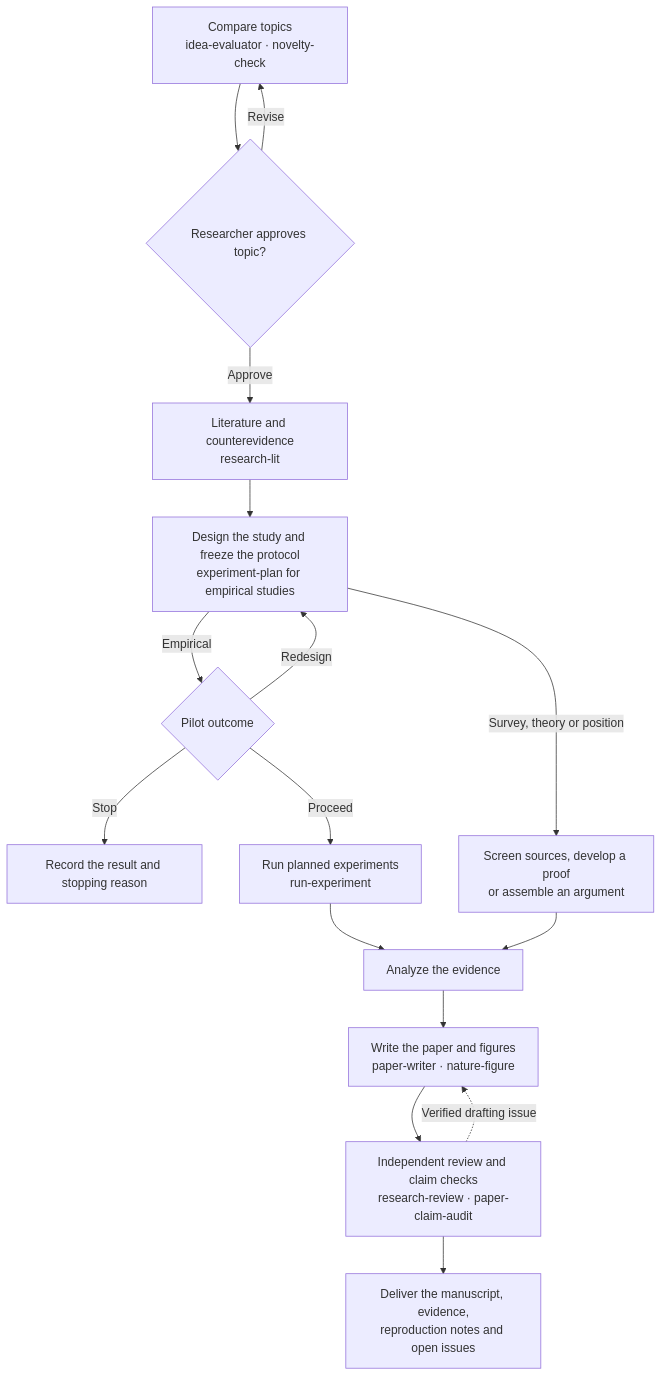
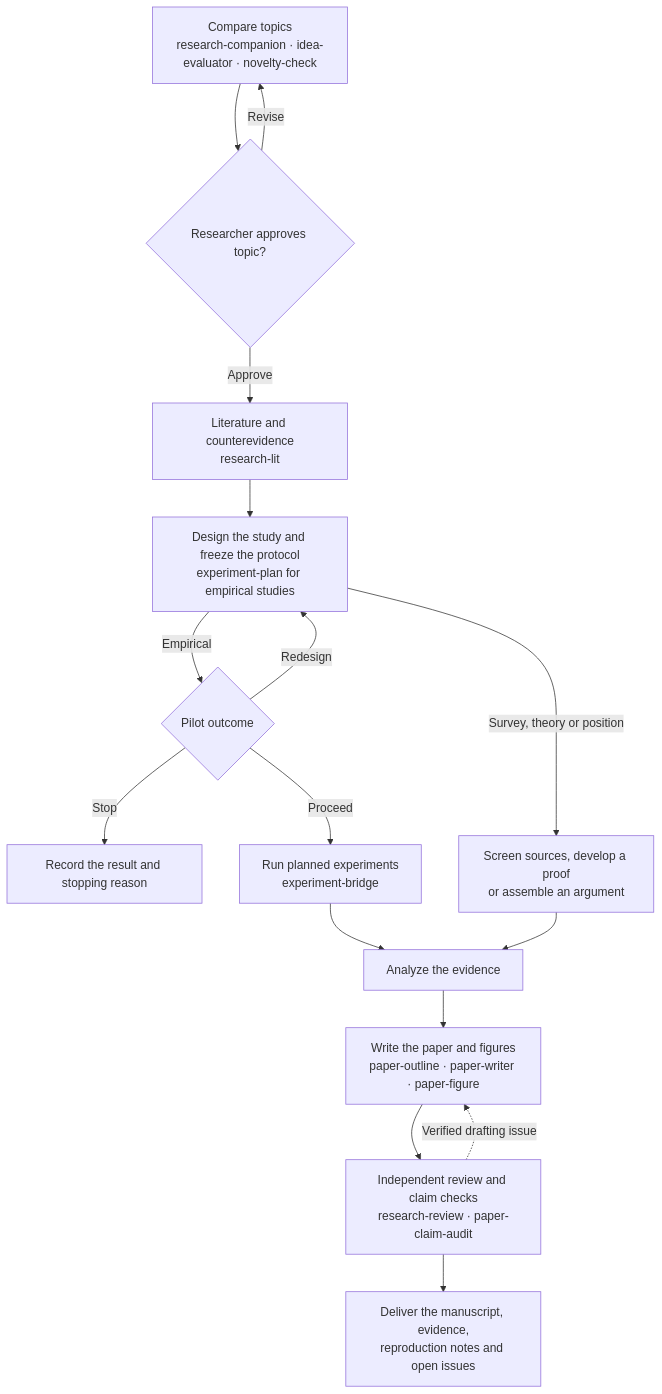
One commit to AfonsoZhang/Novum changed the diagram in README.md. Above: the diagram before and after it, drawn with Mermaid. The commit also changed other lines of this file and 421 other files, not shown here.

````diff
--- a/README.md
+++ b/README.md
@@ -44,18 +44,18 @@
 ```mermaid
 flowchart TD
-    T["Compare topics<br/>idea-evaluator · novelty-check"] --> H{"Researcher approves topic?"}
+    T["Compare topics<br/>research-companion · idea-evaluator · novelty-check"] --> H{"Researcher approves topic?"}
     H -->|Revise| T
     H -->|Approve| L["Literature and counterevidence<br/>research-lit"]
     L --> P["Design the study and freeze the protocol<br/>experiment-plan for empirical studies"]
     P -->|Empirical| G{"Pilot outcome"}
     G -->|Redesign| P
     G -->|Stop| S["Record the result and stopping reason"]
-    G -->|Proceed| E["Run planned experiments<br/>run-experiment"]
+    G -->|Proceed| E["Run planned experiments<br/>experiment-bridge"]
     P -->|Survey, theory or position| Q["Screen sources, develop a proof<br/>or assemble an argument"]
     E --> A["Analyze the evidence"]
     Q --> A
-    A --> W["Write the paper and figures<br/>paper-writer · nature-figure"]
+    A --> W["Write the paper and figures<br/>paper-outline · paper-writer · paper-figure"]
     W --> R["Independent review and claim checks<br/>research-review · paper-claim-audit"]
     R -.->|Verified drafting issue| W
     R --> D["Deliver the manuscript, evidence,<br/>reproduction notes and open issues"]
 ```
````
